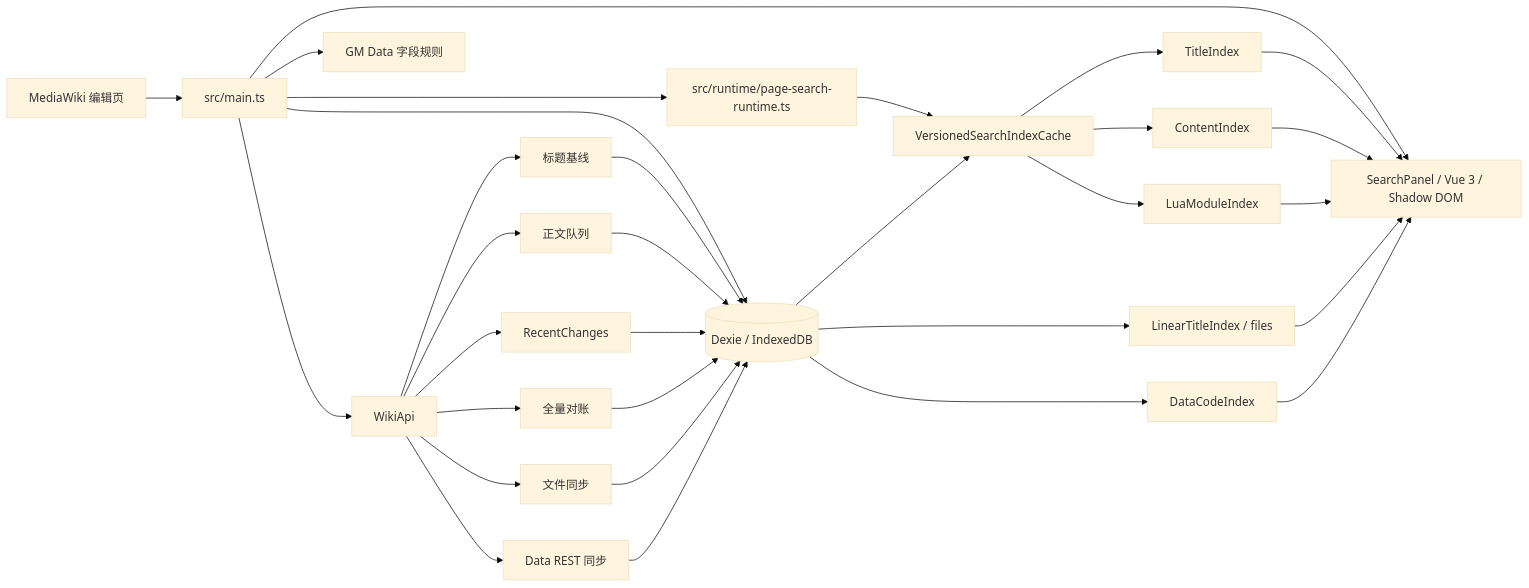
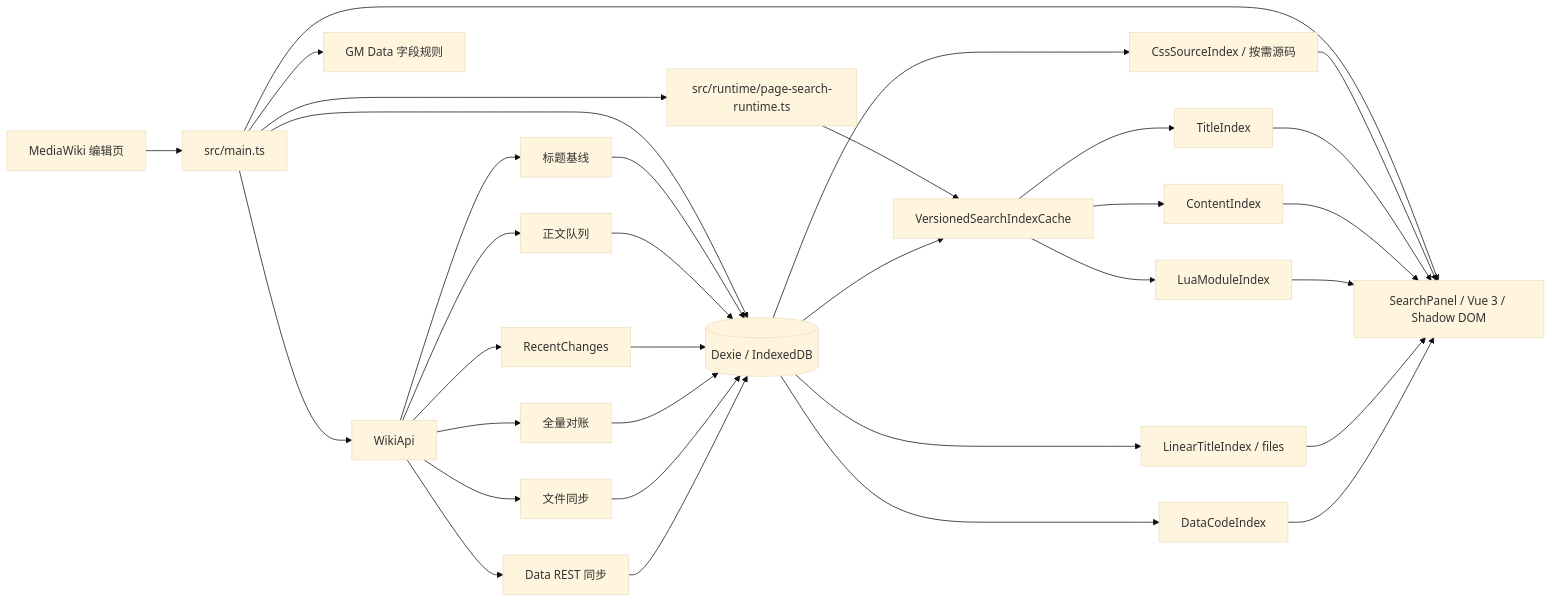
One commit to CUWikiBotCN/cu-wiki-search-companion changed the first of 2 diagrams in ARCHITECTURE.md. Above: the diagram before and after it, drawn with Mermaid (base theme). The commit also changed other lines of this file and 40 other files, not shown here.

First line of the commit message:
feat: release 0.3.7 with redirect targets and CSS source search

```diff
--- a/ARCHITECTURE.md
+++ b/ARCHITECTURE.md
@@ -22,37 +22,39 @@
 ~~~mermaid
 flowchart LR
   MW[MediaWiki 编辑页] --> Entry[src/main.ts]
   Entry --> UI[SearchPanel / Vue 3 / Shadow DOM]
   Entry --> API[WikiApi]
   Entry --> DB[(Dexie / IndexedDB)]
   Entry --> Pref[GM Data 字段规则]
   Entry --> PageRuntime[src/runtime/page-search-runtime.ts]
   PageRuntime --> Cache[VersionedSearchIndexCache]
 
   API --> TitleSync[标题基线]
   API --> ContentSync[正文队列]
   API --> RC[RecentChanges]
   API --> Recon[全量对账]
   API --> FileSync[文件同步]
   API --> DataSync[Data REST 同步]
 
   TitleSync --> DB
   ContentSync --> DB
   RC --> DB
   Recon --> DB
   FileSync --> DB
   DataSync --> DB
 
+  DB --> CssIndex[CssSourceIndex / 按需源码]
   DB --> Cache[VersionedSearchIndexCache]
   Cache --> TitleIndex[TitleIndex]
   Cache --> ContentIndex[ContentIndex]
   Cache --> LuaIndex[LuaModuleIndex]
   DB --> FileIndex[LinearTitleIndex / files]
   DB --> DataIndex[DataCodeIndex]
 
+  CssIndex --> UI
   TitleIndex --> UI
   ContentIndex --> UI
   LuaIndex --> UI
   FileIndex --> UI
   DataIndex --> UI
 ~~~
```
